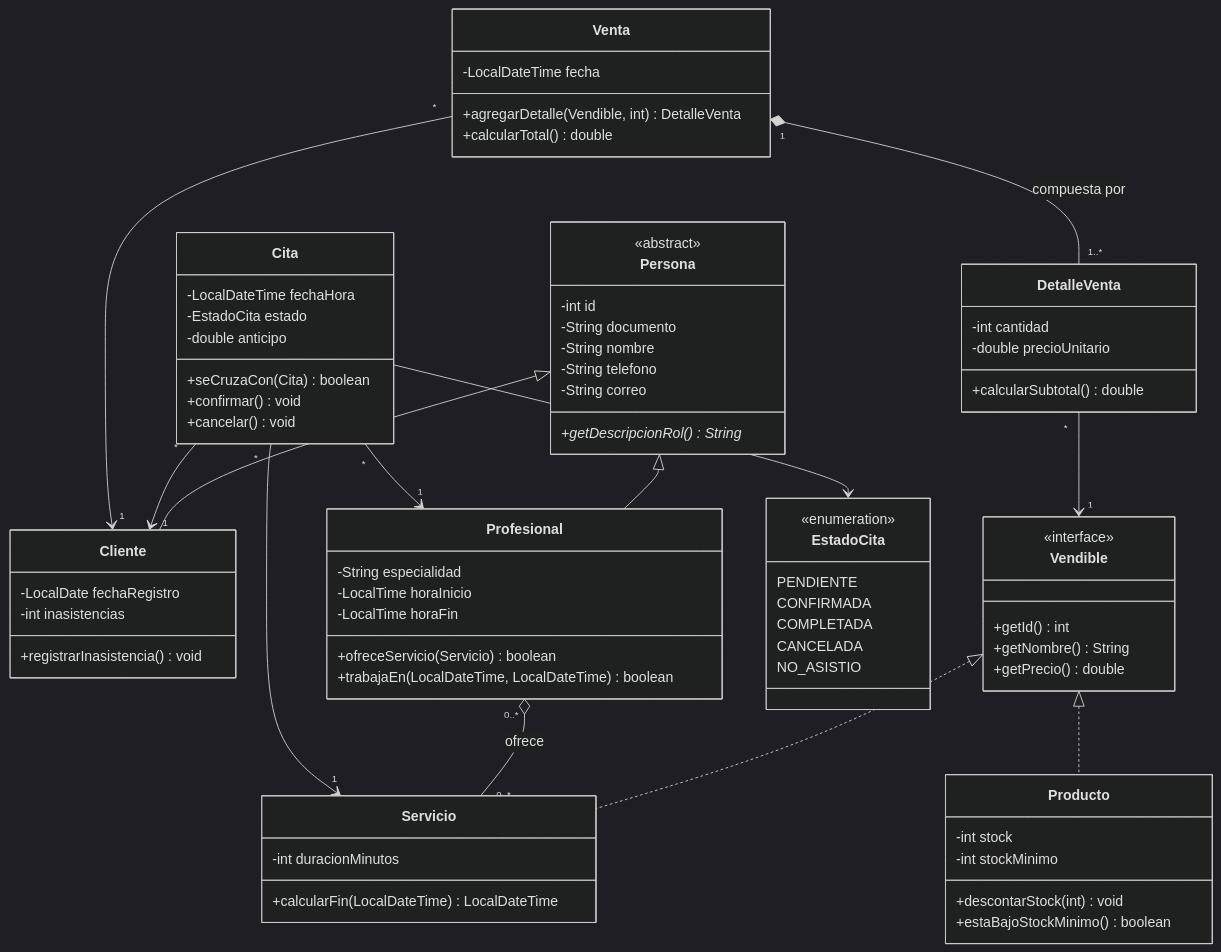
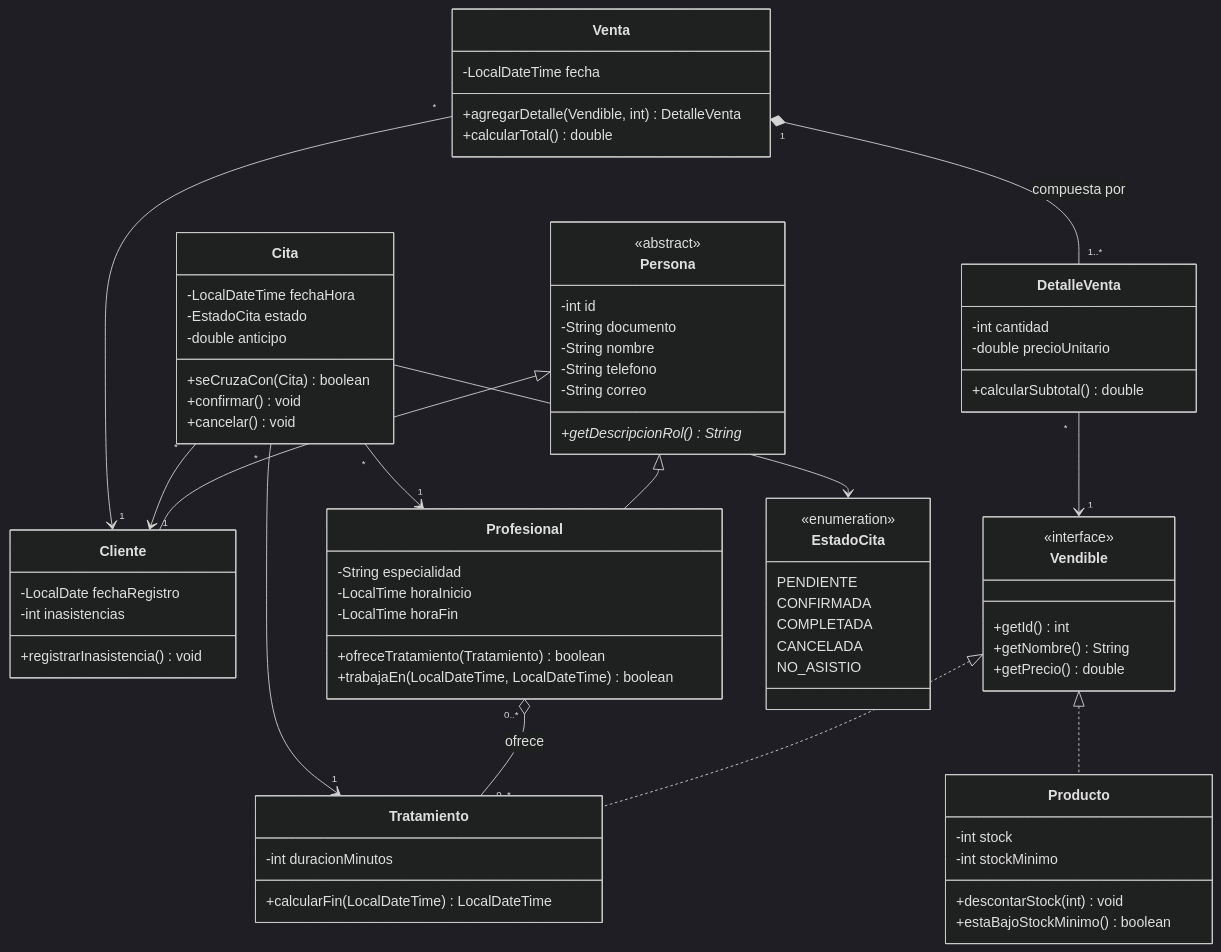
Before and after one commit to samueldrangel/maison-glow: the second of 3 diagrams in docs/fase2/diseno-clases.md, drawn with Mermaid (dark theme). The commit also changed other lines of this file and 7 other files, not shown here.

````diff
--- a/docs/fase2/diseno-clases.md
+++ b/docs/fase2/diseno-clases.md
@@ -366,79 +366,79 @@
 ```mermaid
 classDiagram
     class Persona {
         <<abstract>>
         -int id
         -String documento
         -String nombre
         -String telefono
         -String correo
         +getDescripcionRol() String*
     }
     class Cliente {
         -LocalDate fechaRegistro
         -int inasistencias
         +registrarInasistencia() void
     }
     class Profesional {
         -String especialidad
         -LocalTime horaInicio
         -LocalTime horaFin
-        +ofreceServicio(Servicio) boolean
+        +ofreceTratamiento(Tratamiento) boolean
         +trabajaEn(LocalDateTime, LocalDateTime) boolean
     }
     class Vendible {
         <<interface>>
         +getId() int
         +getNombre() String
         +getPrecio() double
     }
     class Producto {
         -int stock
         -int stockMinimo
         +descontarStock(int) void
         +estaBajoStockMinimo() boolean
     }
-    class Servicio {
+    class Tratamiento {
         -int duracionMinutos
         +calcularFin(LocalDateTime) LocalDateTime
     }
     class Cita {
         -LocalDateTime fechaHora
         -EstadoCita estado
         -double anticipo
         +seCruzaCon(Cita) boolean
         +confirmar() void
         +cancelar() void
     }
     class EstadoCita {
         <<enumeration>>
         PENDIENTE
         CONFIRMADA
         COMPLETADA
         CANCELADA
         NO_ASISTIO
     }
     class Venta {
         -LocalDateTime fecha
         +agregarDetalle(Vendible, int) DetalleVenta
         +calcularTotal() double
     }
     class DetalleVenta {
         -int cantidad
         -double precioUnitario
         +calcularSubtotal() double
     }
 
     Persona <|-- Cliente
     Persona <|-- Profesional
     Vendible <|.. Producto
-    Vendible <|.. Servicio
-    Profesional "0..*" o-- "0..*" Servicio : ofrece
+    Vendible <|.. Tratamiento
+    Profesional "0..*" o-- "0..*" Tratamiento : ofrece
     Cita "*" --> "1" Cliente
     Cita "*" --> "1" Profesional
-    Cita "*" --> "1" Servicio
+    Cita "*" --> "1" Tratamiento
     Cita --> EstadoCita
     Venta "1" *-- "1..*" DetalleVenta : compuesta por
     DetalleVenta "*" --> "1" Vendible
     Venta "*" --> "1" Cliente
 ```
````
